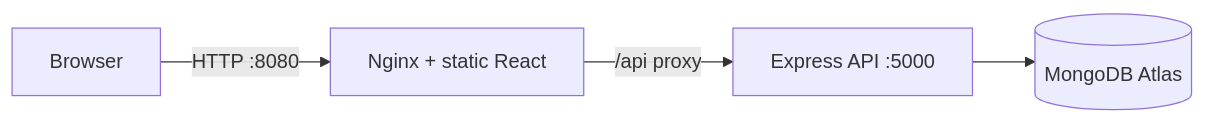
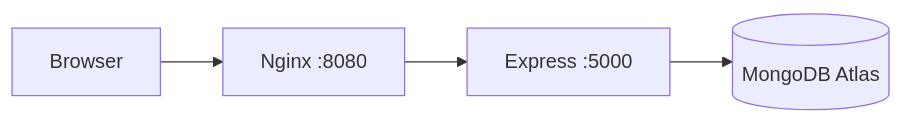
The diagram in README.md (ismail-at-git/devops-internship-project), drawn with Mermaid before and after one commit. The commit also changed other lines of this file and 7 other files, not shown here.

````diff
--- a/README.md
+++ b/README.md
@@ -75,6 +158,6 @@
 ```mermaid
 flowchart LR
-  Browser -->|HTTP :8080| Nginx[Nginx + static React]
-  Nginx -->|/api proxy| Express[Express API :5000]
-  Express --> Atlas[(MongoDB Atlas)]
+  Browser --> Nginx[Nginx :8080]
+  Nginx --> API[Express :5000]
+  API --> Atlas[(MongoDB Atlas)]
 ```
````
